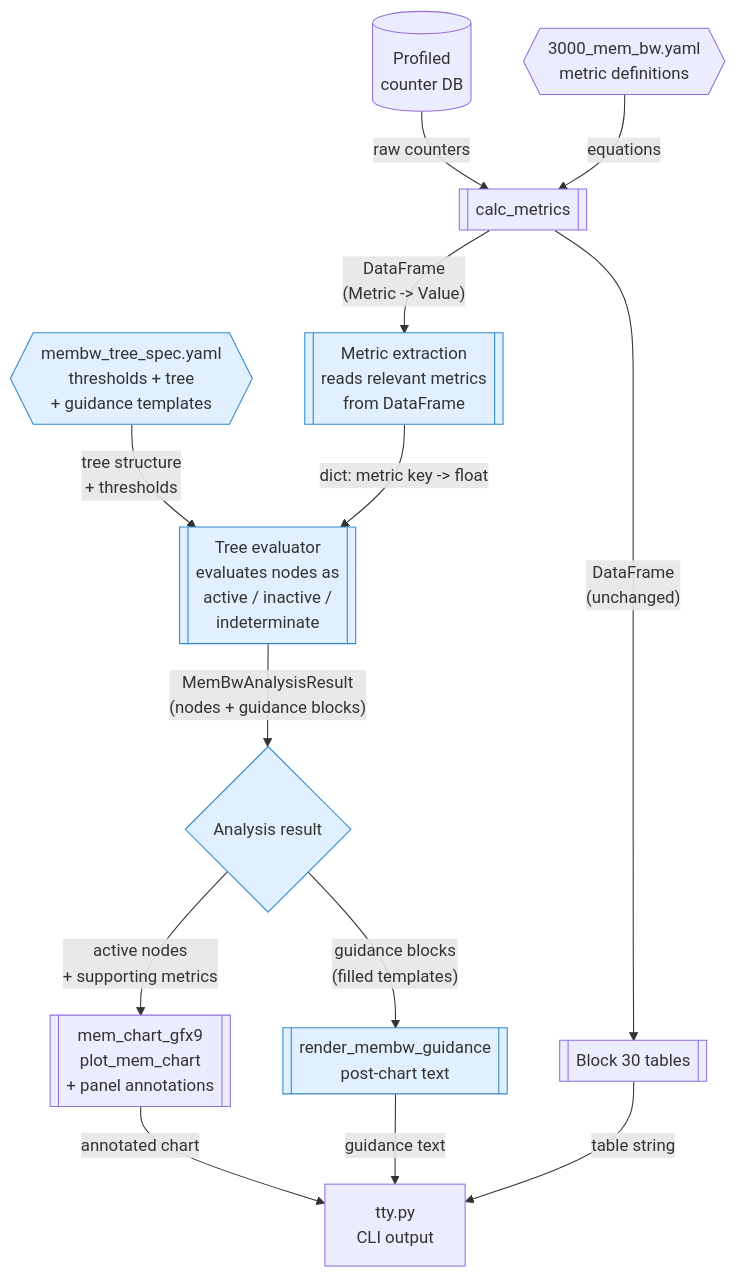
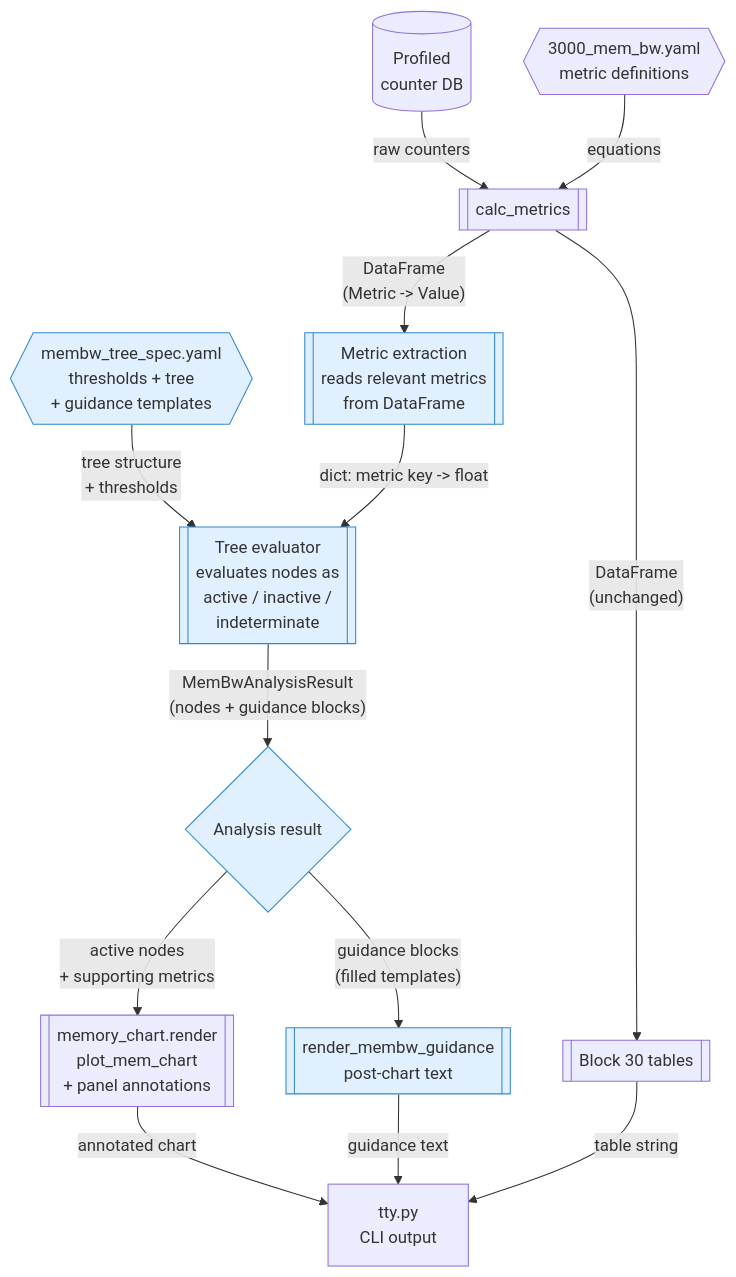
Before and after one commit to ROCm/rocm-systems: the second of 3 diagrams in projects/rocprofiler-compute/docs/design/hld-membw-guided-analysis-in-memchart.md, drawn with Mermaid. The commit also changed other lines of this file and 45 other files, not shown here.

First line of the commit message:
feat(rocprofiler-compute): memory chart using json layouts (#12548)

````diff
--- a/projects/rocprofiler-compute/docs/design/hld-membw-guided-analysis-in-memchart.md
+++ b/projects/rocprofiler-compute/docs/design/hld-membw-guided-analysis-in-memchart.md
@@ -225,29 +225,29 @@
 ```mermaid
 flowchart TD
     DB[(Profiled<br/>counter DB)]
     B30{{3000_mem_bw.yaml<br/>metric definitions}}
     TS{{membw_tree_spec.yaml<br/>thresholds + tree<br/>+ guidance templates}}
 
     DB -- raw counters --> CALC[[calc_metrics]]
     B30 -- equations --> CALC
 
     CALC -- "DataFrame<br/>(Metric -> Value)" --> ME[[Metric extraction<br/>reads relevant metrics<br/>from DataFrame]]
     TS -- tree structure<br/>+ thresholds --> ENG[[Tree evaluator<br/>evaluates nodes as<br/>active / inactive /<br/>indeterminate]]
     ME -- "dict: metric key -> float" --> ENG
 
     ENG -- "MemBwAnalysisResult<br/>(nodes + guidance blocks)" --> AR{Analysis result}
 
-    AR -- "active nodes<br/>+ supporting metrics" --> MC[[mem_chart_gfx9<br/>plot_mem_chart<br/>+ panel annotations]]
+    AR -- "active nodes<br/>+ supporting metrics" --> MC[[memory_chart.render<br/>plot_mem_chart<br/>+ panel annotations]]
     AR -- "guidance blocks<br/>(filled templates)" --> GR[[render_membw_guidance<br/>post-chart text]]
     CALC -- "DataFrame<br/>(unchanged)" --> B30T[[Block 30 tables]]
 
     MC -- annotated chart --> TTY[tty.py<br/>CLI output]
     GR -- guidance text --> TTY
     B30T -- table string --> TTY
 
     style TS fill:#e0f0ff,stroke:#3388cc
     style ME fill:#e0f0ff,stroke:#3388cc
     style ENG fill:#e0f0ff,stroke:#3388cc
     style AR fill:#e0f0ff,stroke:#3388cc
     style GR fill:#e0f0ff,stroke:#3388cc
 ```
````
